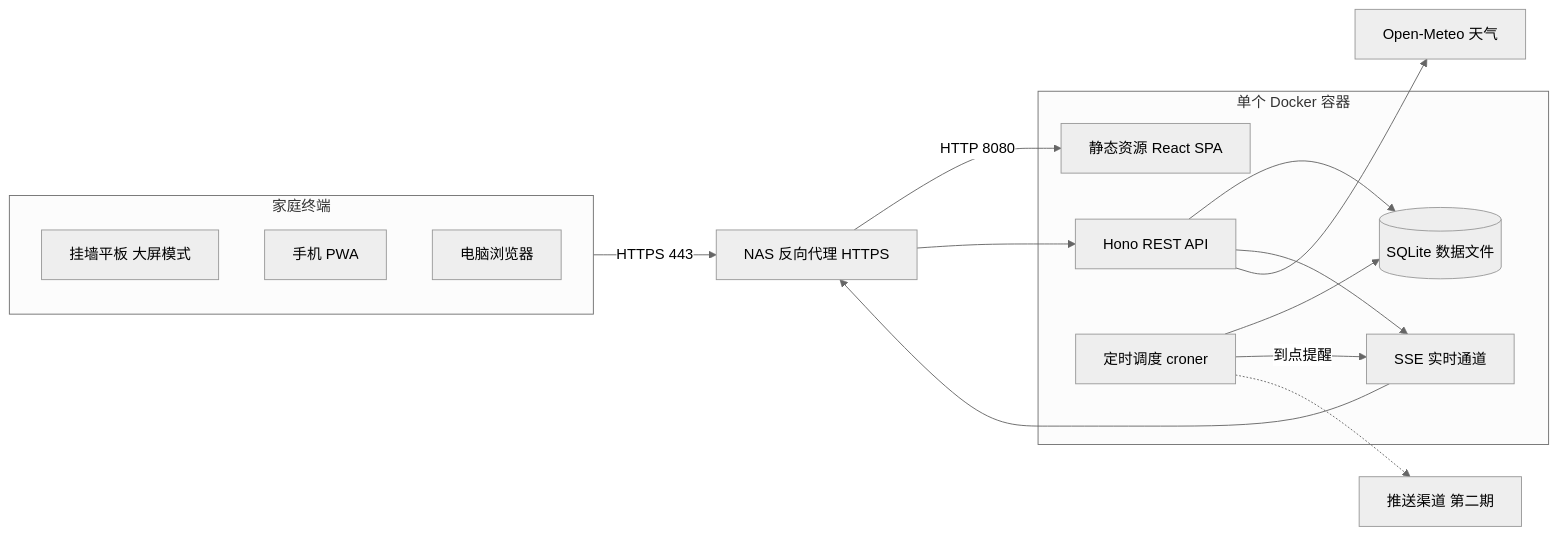
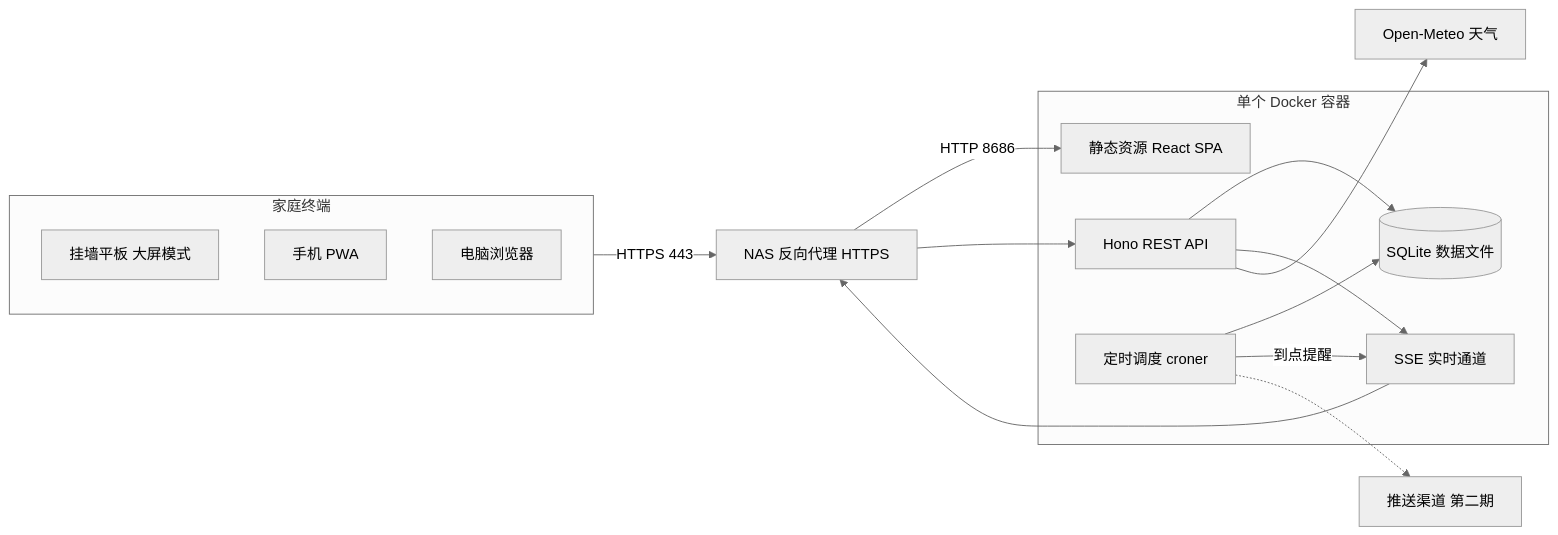
One commit to dddyszy/family-dashboard changed the first of 5 diagrams in docs/TECH_DESIGN.md. Above: the diagram before and after it, drawn with Mermaid (neutral theme). The commit also changed other lines of this file and 6 other files, not shown here.

````diff
--- a/docs/TECH_DESIGN.md
+++ b/docs/TECH_DESIGN.md
@@ -107,29 +107,29 @@
 ```mermaid
 flowchart LR
     subgraph clients [家庭终端]
         Tablet["挂墙平板 大屏模式"]
         Phone["手机 PWA"]
         PC["电脑浏览器"]
     end
     Proxy["NAS 反向代理 HTTPS"]
     subgraph container [单个 Docker 容器]
         Static["静态资源 React SPA"]
         Api["Hono REST API"]
         Sse["SSE 实时通道"]
         Cron["定时调度 croner"]
         Db[("SQLite 数据文件")]
     end
     Weather["Open-Meteo 天气"]
     PushLater["推送渠道 第二期"]
 
     clients -->|"HTTPS 443"| Proxy
-    Proxy -->|"HTTP 8080"| Static
+    Proxy -->|"HTTP 8686"| Static
     Proxy --> Api
     Sse --> Proxy
     Api --> Db
     Api --> Sse
     Cron --> Db
     Cron -->|"到点提醒"| Sse
     Cron -.-> PushLater
     Api --> Weather
 ```
````
